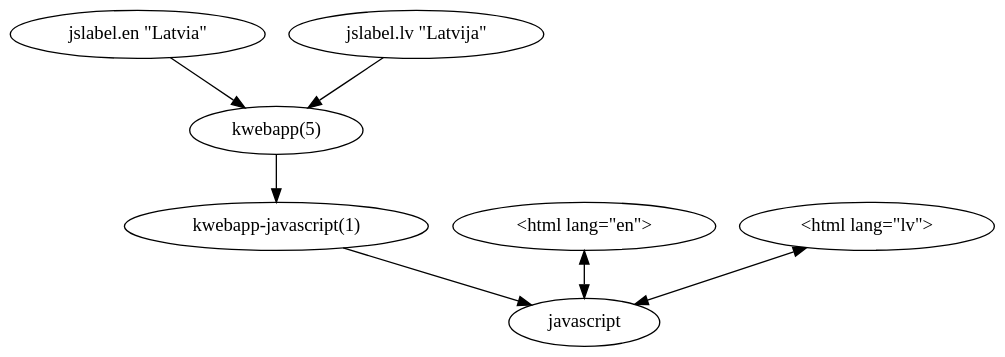
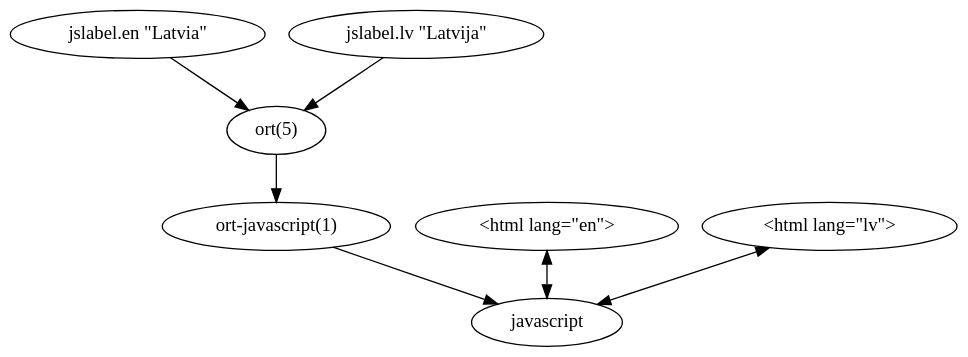
One commit to kristapsdz/bchs changed the diagram in translate-fig2.dot. Above: the diagram before and after it, drawn with Graphviz. The commit also changed 9 other files, not shown here.

Commit message:
kwebapp -> ort.

```diff
--- a/translate-fig2.dot
+++ b/translate-fig2.dot
@@ -1,20 +1,20 @@
 
 digraph {
 	bgcolor="transparent";
 
 	labelen [label="jslabel.en \"Latvia\""];
 	labelfr [label="jslabel.lv \"Latvija\""];
 
 	labelen -> config;
 	labelfr -> config;
 
-	config [label="kwebapp(5)"];
-	config2 [label="kwebapp-javascript(1)"];
+	config [label="ort(5)"];
+	config2 [label="ort-javascript(1)"];
 	js [label="javascript"];
 	htmlen [label="<html lang=\"en\">"]
 	htmlfr [label="<html lang=\"lv\">"]
 
 	config -> config2 -> js;
 	htmlen -> js[dir="both"];
 	htmlfr -> js[dir="both"];
 }
```
